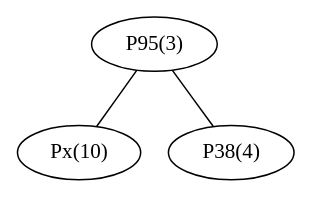
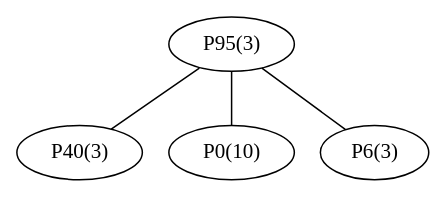
Before and after one commit to afkpost/P2PN_2014: the diagram in files/P95/graph_P95.dot, drawn with Graphviz. The commit also changed 110 other files, not shown here.

```diff
--- a/files/P95/graph_P95.dot
+++ b/files/P95/graph_P95.dot
@@ -1,7 +1,9 @@
 graph network {
 	"P95(3)";
-	"Px(10)";
-	"P38(4)";
-	"P95(3)" -- "Px(10)";
-	"P95(3)" -- "P38(4)";
+	"P40(3)";
+	"P0(10)";
+	"P6(3)";
+	"P95(3)" -- "P40(3)";
+	"P95(3)" -- "P0(10)";
+	"P95(3)" -- "P6(3)";
 }
```
